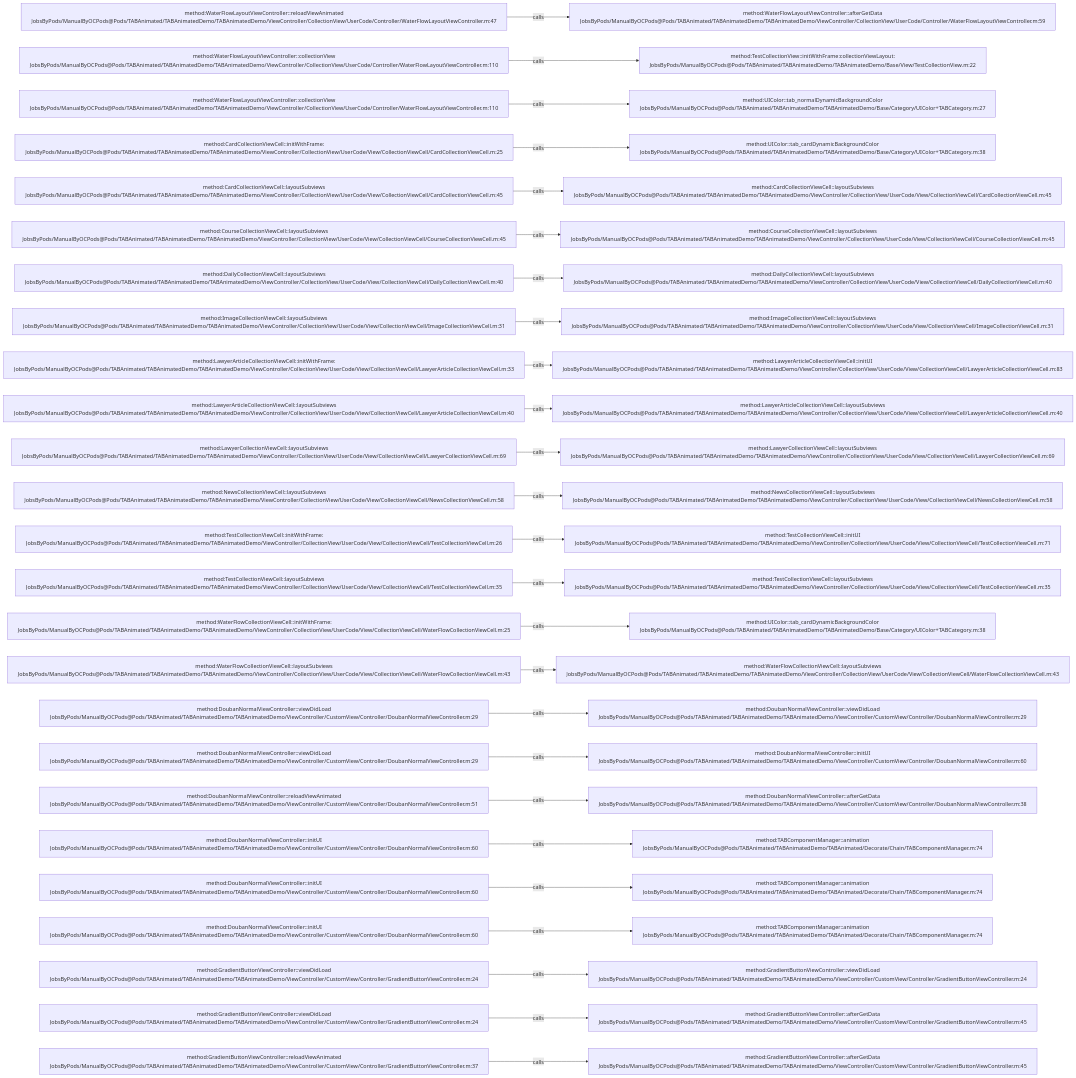
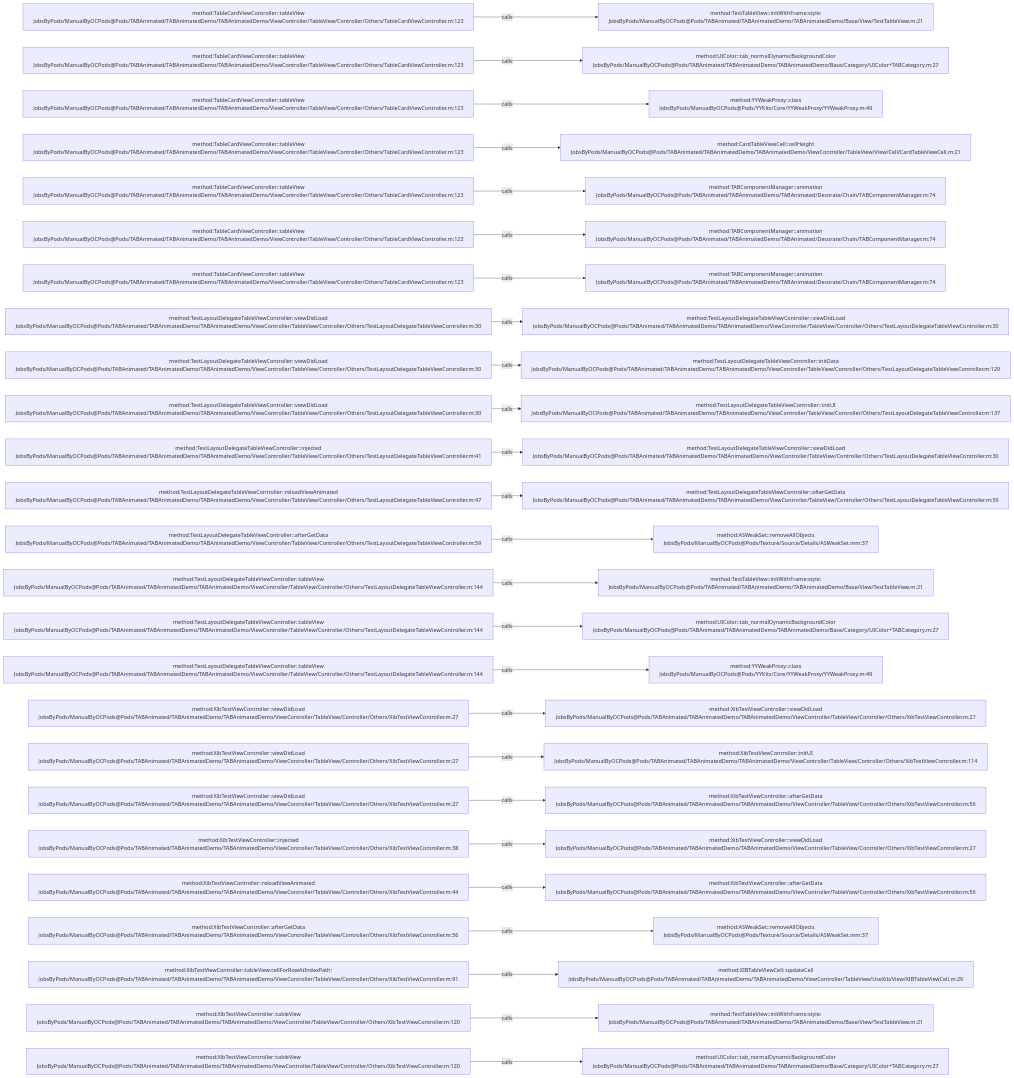
The diagram in .codegraph/codegraph.md/graphs/calls-061.md (JobsKits/JobsOCBaseConfigDemo), drawn with Mermaid before and after one commit. The commit also changed 1223 other files, not shown here.

````diff
--- a/.codegraph/codegraph.md/graphs/calls-061.md
+++ b/.codegraph/codegraph.md/graphs/calls-061.md
@@ -13,78 +13,78 @@
 ```mermaid
 flowchart LR
-  S1["method:WaterFlowLayoutViewController::reloadViewAnimated<br/>JobsByPods/ManualByOCPods@Pods/TABAnimated/TABAnimatedDemo/TABAnimatedDemo/ViewController/CollectionView/UserCode/Controller/WaterFlowLayoutViewController.m:47"]
-  T1["method:WaterFlowLayoutViewController::afterGetData<br/>JobsByPods/ManualByOCPods@Pods/TABAnimated/TABAnimatedDemo/TABAnimatedDemo/ViewController/CollectionView/UserCode/Controller/WaterFlowLayoutViewController.m:59"]
+  S1["method:TableCardViewController::tableView<br/>JobsByPods/ManualByOCPods@Pods/TABAnimated/TABAnimatedDemo/TABAnimatedDemo/ViewController/TableView/Controller/Others/TableCardViewController.m:123"]
+  T1["method:TestTableView::initWithFrame:style:<br/>JobsByPods/ManualByOCPods@Pods/TABAnimated/TABAnimatedDemo/TABAnimatedDemo/Base/View/TestTableView.m:21"]
   S1 -->|calls| T1
-  S2["method:WaterFlowLayoutViewController::collectionView<br/>JobsByPods/ManualByOCPods@Pods/TABAnimated/TABAnimatedDemo/TABAnimatedDemo/ViewController/CollectionView/UserCode/Controller/WaterFlowLayoutViewController.m:110"]
-  T2["method:TestCollectionView::initWithFrame:collectionViewLayout:<br/>JobsByPods/ManualByOCPods@Pods/TABAnimated/TABAnimatedDemo/TABAnimatedDemo/Base/View/TestCollectionView.m:22"]
+  S2["method:TableCardViewController::tableView<br/>JobsByPods/ManualByOCPods@Pods/TABAnimated/TABAnimatedDemo/TABAnimatedDemo/ViewController/TableView/Controller/Others/TableCardViewController.m:123"]
+  T2["method:UIColor::tab_normalDynamicBackgroundColor<br/>JobsByPods/ManualByOCPods@Pods/TABAnimated/TABAnimatedDemo/TABAnimatedDemo/Base/Category/UIColor+TABCategory.m:27"]
   S2 -->|calls| T2
-  S3["method:WaterFlowLayoutViewController::collectionView<br/>JobsByPods/ManualByOCPods@Pods/TABAnimated/TABAnimatedDemo/TABAnimatedDemo/ViewController/CollectionView/UserCode/Controller/WaterFlowLayoutViewController.m:110"]
-  T3["method:UIColor::tab_normalDynamicBackgroundColor<br/>JobsByPods/ManualByOCPods@Pods/TABAnimated/TABAnimatedDemo/TABAnimatedDemo/Base/Category/UIColor+TABCategory.m:27"]
+  S3["method:TableCardViewController::tableView<br/>JobsByPods/ManualByOCPods@Pods/TABAnimated/TABAnimatedDemo/TABAnimatedDemo/ViewController/TableView/Controller/Others/TableCardViewController.m:123"]
+  T3["method:YYWeakProxy::class<br/>JobsByPods/ManualByOCPods@Pods/YYKits/Core/YYWeakProxy/YYWeakProxy.m:49"]
   S3 -->|calls| T3
-  S4["method:CardCollectionViewCell::initWithFrame:<br/>JobsByPods/ManualByOCPods@Pods/TABAnimated/TABAnimatedDemo/TABAnimatedDemo/ViewController/CollectionView/UserCode/View/CollectionViewCell/CardCollectionViewCell.m:25"]
-  T4["method:UIColor::tab_cardDynamicBackgroundColor<br/>JobsByPods/ManualByOCPods@Pods/TABAnimated/TABAnimatedDemo/TABAnimatedDemo/Base/Category/UIColor+TABCategory.m:38"]
+  S4["method:TableCardViewController::tableView<br/>JobsByPods/ManualByOCPods@Pods/TABAnimated/TABAnimatedDemo/TABAnimatedDemo/ViewController/TableView/Controller/Others/TableCardViewController.m:123"]
+  T4["method:CardTableViewCell::cellHeight<br/>JobsByPods/ManualByOCPods@Pods/TABAnimated/TABAnimatedDemo/TABAnimatedDemo/ViewController/TableView/View/Cell/CardTableViewCell.m:21"]
   S4 -->|calls| T4
-  S5["method:CardCollectionViewCell::layoutSubviews<br/>JobsByPods/ManualByOCPods@Pods/TABAnimated/TABAnimatedDemo/TABAnimatedDemo/ViewController/CollectionView/UserCode/View/CollectionViewCell/CardCollectionViewCell.m:45"]
-  T5["method:CardCollectionViewCell::layoutSubviews<br/>JobsByPods/ManualByOCPods@Pods/TABAnimated/TABAnimatedDemo/TABAnimatedDemo/ViewController/CollectionView/UserCode/View/CollectionViewCell/CardCollectionViewCell.m:45"]
+  S5["method:TableCardViewController::tableView<br/>JobsByPods/ManualByOCPods@Pods/TABAnimated/TABAnimatedDemo/TABAnimatedDemo/ViewController/TableView/Controller/Others/TableCardViewController.m:123"]
+  T5["method:TABComponentManager::animation<br/>JobsByPods/ManualByOCPods@Pods/TABAnimated/TABAnimatedDemo/TABAnimated/Decorate/Chain/TABComponentManager.m:74"]
   S5 -->|calls| T5
-  S6["method:CourseCollectionViewCell::layoutSubviews<br/>JobsByPods/ManualByOCPods@Pods/TABAnimated/TABAnimatedDemo/TABAnimatedDemo/ViewController/CollectionView/UserCode/View/CollectionViewCell/CourseCollectionViewCell.m:45"]
-  T6["method:CourseCollectionViewCell::layoutSubviews<br/>JobsByPods/ManualByOCPods@Pods/TABAnimated/TABAnimatedDemo/TABAnimatedDemo/ViewController/CollectionView/UserCode/View/CollectionViewCell/CourseCollectionViewCell.m:45"]
+  S6["method:TableCardViewController::tableView<br/>JobsByPods/ManualByOCPods@Pods/TABAnimated/TABAnimatedDemo/TABAnimatedDemo/ViewController/TableView/Controller/Others/TableCardViewController.m:123"]
+  T6["method:TABComponentManager::animation<br/>JobsByPods/ManualByOCPods@Pods/TABAnimated/TABAnimatedDemo/TABAnimated/Decorate/Chain/TABComponentManager.m:74"]
   S6 -->|calls| T6
-  S7["method:DailyCollectionViewCell::layoutSubviews<br/>JobsByPods/ManualByOCPods@Pods/TABAnimated/TABAnimatedDemo/TABAnimatedDemo/ViewController/CollectionView/UserCode/View/CollectionViewCell/DailyCollectionViewCell.m:40"]
-  T7["method:DailyCollectionViewCell::layoutSubviews<br/>JobsByPods/ManualByOCPods@Pods/TABAnimated/TABAnimatedDemo/TABAnimatedDemo/ViewController/CollectionView/UserCode/View/CollectionViewCell/DailyCollectionViewCell.m:40"]
+  S7["method:TableCardViewController::tableView<br/>JobsByPods/ManualByOCPods@Pods/TABAnimated/TABAnimatedDemo/TABAnimatedDemo/ViewController/TableView/Controller/Others/TableCardViewController.m:123"]
+  T7["method:TABComponentManager::animation<br/>JobsByPods/ManualByOCPods@Pods/TABAnimated/TABAnimatedDemo/TABAnimated/Decorate/Chain/TABComponentManager.m:74"]
   S7 -->|calls| T7
-  S8["method:ImageCollectionViewCell::layoutSubviews<br/>JobsByPods/ManualByOCPods@Pods/TABAnimated/TABAnimatedDemo/TABAnimatedDemo/ViewController/CollectionView/UserCode/View/CollectionViewCell/ImageCollectionViewCell.m:31"]
-  T8["method:ImageCollectionViewCell::layoutSubviews<br/>JobsByPods/ManualByOCPods@Pods/TABAnimated/TABAnimatedDemo/TABAnimatedDemo/ViewController/CollectionView/UserCode/View/CollectionViewCell/ImageCollectionViewCell.m:31"]
+  S8["method:TestLayoutDelegateTableViewController::viewDidLoad<br/>JobsByPods/ManualByOCPods@Pods/TABAnimated/TABAnimatedDemo/TABAnimatedDemo/ViewController/TableView/Controller/Others/TestLayoutDelegateTableViewController.m:30"]
+  T8["method:TestLayoutDelegateTableViewController::viewDidLoad<br/>JobsByPods/ManualByOCPods@Pods/TABAnimated/TABAnimatedDemo/TABAnimatedDemo/ViewController/TableView/Controller/Others/TestLayoutDelegateTableViewController.m:30"]
   S8 -->|calls| T8
-  S9["method:LawyerArticleCollectionViewCell::initWithFrame:<br/>JobsByPods/ManualByOCPods@Pods/TABAnimated/TABAnimatedDemo/TABAnimatedDemo/ViewController/CollectionView/UserCode/View/CollectionViewCell/LawyerArticleCollectionViewCell.m:33"]
-  T9["method:LawyerArticleCollectionViewCell::initUI<br/>JobsByPods/ManualByOCPods@Pods/TABAnimated/TABAnimatedDemo/TABAnimatedDemo/ViewController/CollectionView/UserCode/View/CollectionViewCell/LawyerArticleCollectionViewCell.m:83"]
+  S9["method:TestLayoutDelegateTableViewController::viewDidLoad<br/>JobsByPods/ManualByOCPods@Pods/TABAnimated/TABAnimatedDemo/TABAnimatedDemo/ViewController/TableView/Controller/Others/TestLayoutDelegateTableViewController.m:30"]
+  T9["method:TestLayoutDelegateTableViewController::initData<br/>JobsByPods/ManualByOCPods@Pods/TABAnimated/TABAnimatedDemo/TABAnimatedDemo/ViewController/TableView/Controller/Others/TestLayoutDelegateTableViewController.m:129"]
   S9 -->|calls| T9
-  S10["method:LawyerArticleCollectionViewCell::layoutSubviews<br/>JobsByPods/ManualByOCPods@Pods/TABAnimated/TABAnimatedDemo/TABAnimatedDemo/ViewController/CollectionView/UserCode/View/CollectionViewCell/LawyerArticleCollectionViewCell.m:40"]
-  T10["method:LawyerArticleCollectionViewCell::layoutSubviews<br/>JobsByPods/ManualByOCPods@Pods/TABAnimated/TABAnimatedDemo/TABAnimatedDemo/ViewController/CollectionView/UserCode/View/CollectionViewCell/LawyerArticleCollectionViewCell.m:40"]
+  S10["method:TestLayoutDelegateTableViewController::viewDidLoad<br/>JobsByPods/ManualByOCPods@Pods/TABAnimated/TABAnimatedDemo/TABAnimatedDemo/ViewController/TableView/Controller/Others/TestLayoutDelegateTableViewController.m:30"]
+  T10["method:TestLayoutDelegateTableViewController::initUI<br/>JobsByPods/ManualByOCPods@Pods/TABAnimated/TABAnimatedDemo/TABAnimatedDemo/ViewController/TableView/Controller/Others/TestLayoutDelegateTableViewController.m:137"]
   S10 -->|calls| T10
-  S11["method:LawyerCollectionViewCell::layoutSubviews<br/>JobsByPods/ManualByOCPods@Pods/TABAnimated/TABAnimatedDemo/TABAnimatedDemo/ViewController/CollectionView/UserCode/View/CollectionViewCell/LawyerCollectionViewCell.m:69"]
-  T11["method:LawyerCollectionViewCell::layoutSubviews<br/>JobsByPods/ManualByOCPods@Pods/TABAnimated/TABAnimatedDemo/TABAnimatedDemo/ViewController/CollectionView/UserCode/View/CollectionViewCell/LawyerCollectionViewCell.m:69"]
+  S11["method:TestLayoutDelegateTableViewController::injected<br/>JobsByPods/ManualByOCPods@Pods/TABAnimated/TABAnimatedDemo/TABAnimatedDemo/ViewController/TableView/Controller/Others/TestLayoutDelegateTableViewController.m:41"]
+  T11["method:TestLayoutDelegateTableViewController::viewDidLoad<br/>JobsByPods/ManualByOCPods@Pods/TABAnimated/TABAnimatedDemo/TABAnimatedDemo/ViewController/TableView/Controller/Others/TestLayoutDelegateTableViewController.m:30"]
   S11 -->|calls| T11
-  S12["method:NewsCollectionViewCell::layoutSubviews<br/>JobsByPods/ManualByOCPods@Pods/TABAnimated/TABAnimatedDemo/TABAnimatedDemo/ViewController/CollectionView/UserCode/View/CollectionViewCell/NewsCollectionViewCell.m:58"]
-  T12["method:NewsCollectionViewCell::layoutSubviews<br/>JobsByPods/ManualByOCPods@Pods/TABAnimated/TABAnimatedDemo/TABAnimatedDemo/ViewController/CollectionView/UserCode/View/CollectionViewCell/NewsCollectionViewCell.m:58"]
+  S12["method:TestLayoutDelegateTableViewController::reloadViewAnimated<br/>JobsByPods/ManualByOCPods@Pods/TABAnimated/TABAnimatedDemo/TABAnimatedDemo/ViewController/TableView/Controller/Others/TestLayoutDelegateTableViewController.m:47"]
+  T12["method:TestLayoutDelegateTableViewController::afterGetData<br/>JobsByPods/ManualByOCPods@Pods/TABAnimated/TABAnimatedDemo/TABAnimatedDemo/ViewController/TableView/Controller/Others/TestLayoutDelegateTableViewController.m:59"]
   S12 -->|calls| T12
-  S13["method:TestCollectionViewCell::initWithFrame:<br/>JobsByPods/ManualByOCPods@Pods/TABAnimated/TABAnimatedDemo/TABAnimatedDemo/ViewController/CollectionView/UserCode/View/CollectionViewCell/TestCollectionViewCell.m:26"]
-  T13["method:TestCollectionViewCell::initUI<br/>JobsByPods/ManualByOCPods@Pods/TABAnimated/TABAnimatedDemo/TABAnimatedDemo/ViewController/CollectionView/UserCode/View/CollectionViewCell/TestCollectionViewCell.m:71"]
+  S13["method:TestLayoutDelegateTableViewController::afterGetData<br/>JobsByPods/ManualByOCPods@Pods/TABAnimated/TABAnimatedDemo/TABAnimatedDemo/ViewController/TableView/Controller/Others/TestLayoutDelegateTableViewController.m:59"]
+  T13["method:ASWeakSet::removeAllObjects<br/>JobsByPods/ManualByOCPods@Pods/Texture/Source/Details/ASWeakSet.mm:37"]
   S13 -->|calls| T13
-  S14["method:TestCollectionViewCell::layoutSubviews<br/>JobsByPods/ManualByOCPods@Pods/TABAnimated/TABAnimatedDemo/TABAnimatedDemo/ViewController/CollectionView/UserCode/View/CollectionViewCell/TestCollectionViewCell.m:35"]
-  T14["method:TestCollectionViewCell::layoutSubviews<br/>JobsByPods/ManualByOCPods@Pods/TABAnimated/TABAnimatedDemo/TABAnimatedDemo/ViewController/CollectionView/UserCode/View/CollectionViewCell/TestCollectionViewCell.m:35"]
+  S14["method:TestLayoutDelegateTableViewController::tableView<br/>JobsByPods/ManualByOCPods@Pods/TABAnimated/TABAnimatedDemo/TABAnimatedDemo/ViewController/TableView/Controller/Others/TestLayoutDelegateTableViewController.m:144"]
+  T14["method:TestTableView::initWithFrame:style:<br/>JobsByPods/ManualByOCPods@Pods/TABAnimated/TABAnimatedDemo/TABAnimatedDemo/Base/View/TestTableView.m:21"]
   S14 -->|calls| T14
-  S15["method:WaterFlowCollectionViewCell::initWithFrame:<br/>JobsByPods/ManualByOCPods@Pods/TABAnimated/TABAnimatedDemo/TABAnimatedDemo/ViewController/CollectionView/UserCode/View/CollectionViewCell/WaterFlowCollectionViewCell.m:25"]
-  T15["method:UIColor::tab_cardDynamicBackgroundColor<br/>JobsByPods/ManualByOCPods@Pods/TABAnimated/TABAnimatedDemo/TABAnimatedDemo/Base/Category/UIColor+TABCategory.m:38"]
+  S15["method:TestLayoutDelegateTableViewController::tableView<br/>JobsByPods/ManualByOCPods@Pods/TABAnimated/TABAnimatedDemo/TABAnimatedDemo/ViewController/TableView/Controller/Others/TestLayoutDelegateTableViewController.m:144"]
+  T15["method:UIColor::tab_normalDynamicBackgroundColor<br/>JobsByPods/ManualByOCPods@Pods/TABAnimated/TABAnimatedDemo/TABAnimatedDemo/Base/Category/UIColor+TABCategory.m:27"]
   S15 -->|calls| T15
-  S16["method:WaterFlowCollectionViewCell::layoutSubviews<br/>JobsByPods/ManualByOCPods@Pods/TABAnimated/TABAnimatedDemo/TABAnimatedDemo/ViewController/CollectionView/UserCode/View/CollectionViewCell/WaterFlowCollectionViewCell.m:43"]
-  T16["method:WaterFlowCollectionViewCell::layoutSubviews<br/>JobsByPods/ManualByOCPods@Pods/TABAnimated/TABAnimatedDemo/TABAnimatedDemo/ViewController/CollectionView/UserCode/View/CollectionViewCell/WaterFlowCollectionViewCell.m:43"]
+  S16["method:TestLayoutDelegateTableViewController::tableView<br/>JobsByPods/ManualByOCPods@Pods/TABAnimated/TABAnimatedDemo/TABAnimatedDemo/ViewController/TableView/Controller/Others/TestLayoutDelegateTableViewController.m:144"]
+  T16["method:YYWeakProxy::class<br/>JobsByPods/ManualByOCPods@Pods/YYKits/Core/YYWeakProxy/YYWeakProxy.m:49"]
   S16 -->|calls| T16
-  S17["method:DoubanNormalViewController::viewDidLoad<br/>JobsByPods/ManualByOCPods@Pods/TABAnimated/TABAnimatedDemo/TABAnimatedDemo/ViewController/CustomView/Controller/DoubanNormalViewController.m:29"]
-  T17["method:DoubanNormalViewController::viewDidLoad<br/>JobsByPods/ManualByOCPods@Pods/TABAnimated/TABAnimatedDemo/TABAnimatedDemo/ViewController/CustomView/Controller/DoubanNormalViewController.m:29"]
+  S17["method:XibTestViewController::viewDidLoad<br/>JobsByPods/ManualByOCPods@Pods/TABAnimated/TABAnimatedDemo/TABAnimatedDemo/ViewController/TableView/Controller/Others/XibTestViewController.m:27"]
+  T17["method:XibTestViewController::viewDidLoad<br/>JobsByPods/ManualByOCPods@Pods/TABAnimated/TABAnimatedDemo/TABAnimatedDemo/ViewController/TableView/Controller/Others/XibTestViewController.m:27"]
   S17 -->|calls| T17
-  S18["method:DoubanNormalViewController::viewDidLoad<br/>JobsByPods/ManualByOCPods@Pods/TABAnimated/TABAnimatedDemo/TABAnimatedDemo/ViewController/CustomView/Controller/DoubanNormalViewController.m:29"]
-  T18["method:DoubanNormalViewController::initUI<br/>JobsByPods/ManualByOCPods@Pods/TABAnimated/TABAnimatedDemo/TABAnimatedDemo/ViewController/CustomView/Controller/DoubanNormalViewController.m:60"]
+  S18["method:XibTestViewController::viewDidLoad<br/>JobsByPods/ManualByOCPods@Pods/TABAnimated/TABAnimatedDemo/TABAnimatedDemo/ViewController/TableView/Controller/Others/XibTestViewController.m:27"]
+  T18["method:XibTestViewController::initUI<br/>JobsByPods/ManualByOCPods@Pods/TABAnimated/TABAnimatedDemo/TABAnimatedDemo/ViewController/TableView/Controller/Others/XibTestViewController.m:114"]
   S18 -->|calls| T18
-  S19["method:DoubanNormalViewController::reloadViewAnimated<br/>JobsByPods/ManualByOCPods@Pods/TABAnimated/TABAnimatedDemo/TABAnimatedDemo/ViewController/CustomView/Controller/DoubanNormalViewController.m:51"]
-  T19["method:DoubanNormalViewController::afterGetData<br/>JobsByPods/ManualByOCPods@Pods/TABAnimated/TABAnimatedDemo/TABAnimatedDemo/ViewController/CustomView/Controller/DoubanNormalViewController.m:38"]
+  S19["method:XibTestViewController::viewDidLoad<br/>JobsByPods/ManualByOCPods@Pods/TABAnimated/TABAnimatedDemo/TABAnimatedDemo/ViewController/TableView/Controller/Others/XibTestViewController.m:27"]
+  T19["method:XibTestViewController::afterGetData<br/>JobsByPods/ManualByOCPods@Pods/TABAnimated/TABAnimatedDemo/TABAnimatedDemo/ViewController/TableView/Controller/Others/XibTestViewController.m:56"]
   S19 -->|calls| T19
-  S20["method:DoubanNormalViewController::initUI<br/>JobsByPods/ManualByOCPods@Pods/TABAnimated/TABAnimatedDemo/TABAnimatedDemo/ViewController/CustomView/Controller/DoubanNormalViewController.m:60"]
-  T20["method:TABComponentManager::animation<br/>JobsByPods/ManualByOCPods@Pods/TABAnimated/TABAnimatedDemo/TABAnimated/Decorate/Chain/TABComponentManager.m:74"]
+  S20["method:XibTestViewController::injected<br/>JobsByPods/ManualByOCPods@Pods/TABAnimated/TABAnimatedDemo/TABAnimatedDemo/ViewController/TableView/Controller/Others/XibTestViewController.m:38"]
+  T20["method:XibTestViewController::viewDidLoad<br/>JobsByPods/ManualByOCPods@Pods/TABAnimated/TABAnimatedDemo/TABAnimatedDemo/ViewController/TableView/Controller/Others/XibTestViewController.m:27"]
   S20 -->|calls| T20
-  S21["method:DoubanNormalViewController::initUI<br/>JobsByPods/ManualByOCPods@Pods/TABAnimated/TABAnimatedDemo/TABAnimatedDemo/ViewController/CustomView/Controller/DoubanNormalViewController.m:60"]
-  T21["method:TABComponentManager::animation<br/>JobsByPods/ManualByOCPods@Pods/TABAnimated/TABAnimatedDemo/TABAnimated/Decorate/Chain/TABComponentManager.m:74"]
+  S21["method:XibTestViewController::reloadViewAnimated<br/>JobsByPods/ManualByOCPods@Pods/TABAnimated/TABAnimatedDemo/TABAnimatedDemo/ViewController/TableView/Controller/Others/XibTestViewController.m:44"]
+  T21["method:XibTestViewController::afterGetData<br/>JobsByPods/ManualByOCPods@Pods/TABAnimated/TABAnimatedDemo/TABAnimatedDemo/ViewController/TableView/Controller/Others/XibTestViewController.m:56"]
   S21 -->|calls| T21
-  S22["method:DoubanNormalViewController::initUI<br/>JobsByPods/ManualByOCPods@Pods/TABAnimated/TABAnimatedDemo/TABAnimatedDemo/ViewController/CustomView/Controller/DoubanNormalViewController.m:60"]
-  T22["method:TABComponentManager::animation<br/>JobsByPods/ManualByOCPods@Pods/TABAnimated/TABAnimatedDemo/TABAnimated/Decorate/Chain/TABComponentManager.m:74"]
+  S22["method:XibTestViewController::afterGetData<br/>JobsByPods/ManualByOCPods@Pods/TABAnimated/TABAnimatedDemo/TABAnimatedDemo/ViewController/TableView/Controller/Others/XibTestViewController.m:56"]
+  T22["method:ASWeakSet::removeAllObjects<br/>JobsByPods/ManualByOCPods@Pods/Texture/Source/Details/ASWeakSet.mm:37"]
   S22 -->|calls| T22
-  S23["method:GradientButtonViewController::viewDidLoad<br/>JobsByPods/ManualByOCPods@Pods/TABAnimated/TABAnimatedDemo/TABAnimatedDemo/ViewController/CustomView/Controller/GradientButtonViewController.m:24"]
-  T23["method:GradientButtonViewController::viewDidLoad<br/>JobsByPods/ManualByOCPods@Pods/TABAnimated/TABAnimatedDemo/TABAnimatedDemo/ViewController/CustomView/Controller/GradientButtonViewController.m:24"]
+  S23["method:XibTestViewController::tableView:cellForRowAtIndexPath:<br/>JobsByPods/ManualByOCPods@Pods/TABAnimated/TABAnimatedDemo/TABAnimatedDemo/ViewController/TableView/Controller/Others/XibTestViewController.m:91"]
+  T23["method:XIBTableViewCell::updateCell<br/>JobsByPods/ManualByOCPods@Pods/TABAnimated/TABAnimatedDemo/TABAnimatedDemo/ViewController/TableView/UseXib/View/XIBTableViewCell.m:29"]
   S23 -->|calls| T23
-  S24["method:GradientButtonViewController::viewDidLoad<br/>JobsByPods/ManualByOCPods@Pods/TABAnimated/TABAnimatedDemo/TABAnimatedDemo/ViewController/CustomView/Controller/GradientButtonViewController.m:24"]
-  T24["method:GradientButtonViewController::afterGetData<br/>JobsByPods/ManualByOCPods@Pods/TABAnimated/TABAnimatedDemo/TABAnimatedDemo/ViewController/CustomView/Controller/GradientButtonViewController.m:45"]
+  S24["method:XibTestViewController::tableView<br/>JobsByPods/ManualByOCPods@Pods/TABAnimated/TABAnimatedDemo/TABAnimatedDemo/ViewController/TableView/Controller/Others/XibTestViewController.m:120"]
+  T24["method:TestTableView::initWithFrame:style:<br/>JobsByPods/ManualByOCPods@Pods/TABAnimated/TABAnimatedDemo/TABAnimatedDemo/Base/View/TestTableView.m:21"]
   S24 -->|calls| T24
-  S25["method:GradientButtonViewController::reloadViewAnimated<br/>JobsByPods/ManualByOCPods@Pods/TABAnimated/TABAnimatedDemo/TABAnimatedDemo/ViewController/CustomView/Controller/GradientButtonViewController.m:37"]
-  T25["method:GradientButtonViewController::afterGetData<br/>JobsByPods/ManualByOCPods@Pods/TABAnimated/TABAnimatedDemo/TABAnimatedDemo/ViewController/CustomView/Controller/GradientButtonViewController.m:45"]
+  S25["method:XibTestViewController::tableView<br/>JobsByPods/ManualByOCPods@Pods/TABAnimated/TABAnimatedDemo/TABAnimatedDemo/ViewController/TableView/Controller/Others/XibTestViewController.m:120"]
+  T25["method:UIColor::tab_normalDynamicBackgroundColor<br/>JobsByPods/ManualByOCPods@Pods/TABAnimated/TABAnimatedDemo/TABAnimatedDemo/Base/Category/UIColor+TABCategory.m:27"]
   S25 -->|calls| T25
 ```
````
